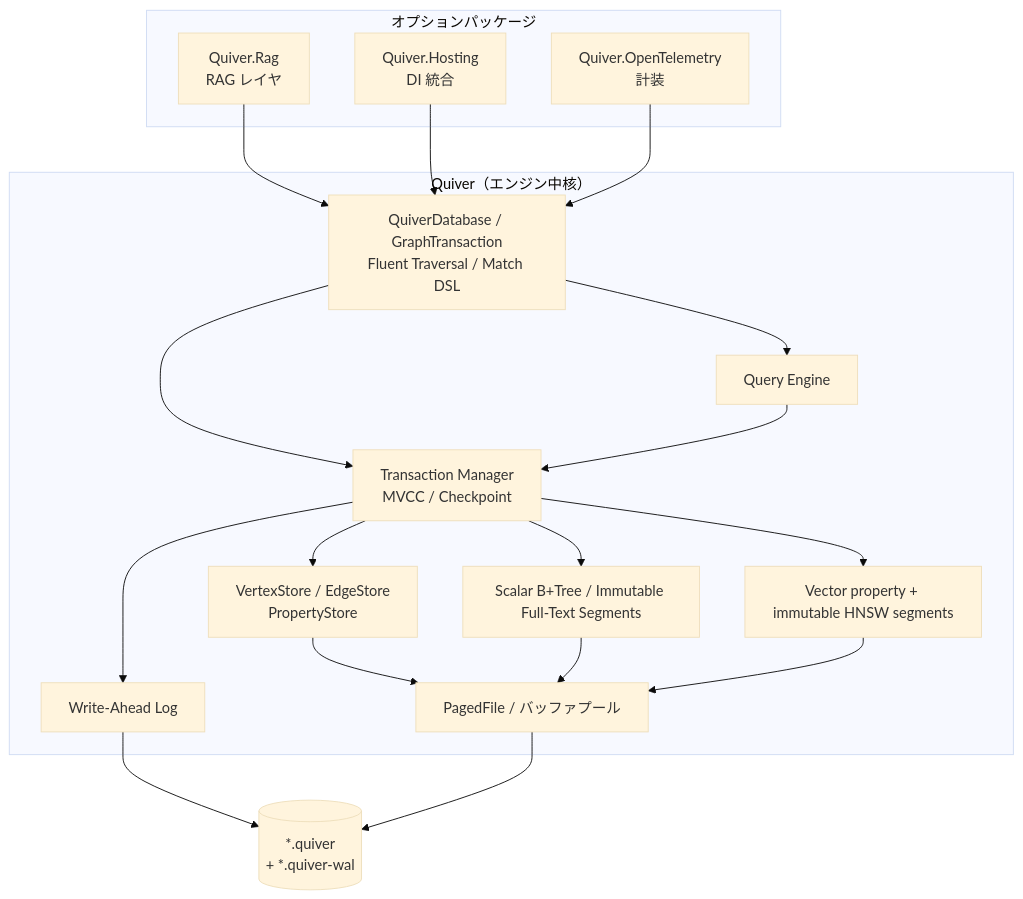
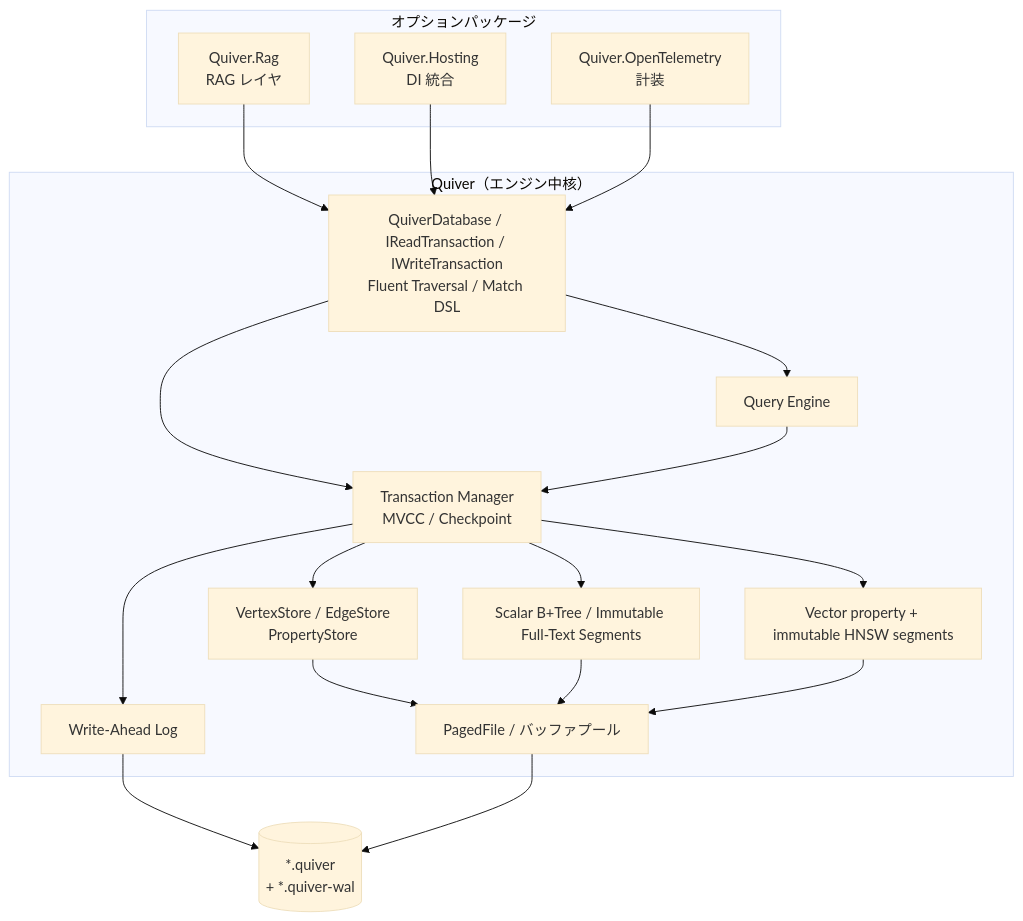
The first of 5 diagrams in docs/architecture-diagrams.md (delicioustuna/Quiver), drawn with Mermaid (base theme) before and after one commit. The commit also changed other lines of this file and 60 other files, not shown here.

````diff
--- a/docs/architecture-diagrams.md
+++ b/docs/architecture-diagrams.md
@@ -12,38 +12,38 @@
 ```mermaid
 flowchart TB
     subgraph optional["オプションパッケージ"]
         Rag["Quiver.Rag<br/>RAG レイヤ"]
         Hosting["Quiver.Hosting<br/>DI 統合"]
         OTel["Quiver.OpenTelemetry<br/>計装"]
     end
 
     subgraph core["Quiver（エンジン中核）"]
-        API["QuiverDatabase / GraphTransaction<br/>Fluent Traversal / Match DSL"]
+        API["QuiverDatabase / IReadTransaction / IWriteTransaction<br/>Fluent Traversal / Match DSL"]
         Query["Query Engine"]
         TxMgr["Transaction Manager<br/>MVCC / Checkpoint"]
         Index["Scalar B+Tree / Immutable Full-Text Segments"]
         Records["VertexStore / EdgeStore<br/>PropertyStore"]
         Vector["Vector property + immutable HNSW segments"]
         WAL["Write-Ahead Log"]
         Storage["PagedFile / バッファプール"]
     end
 
     File[("*.quiver<br/>+ *.quiver-wal")]
 
     Rag --> API
     Hosting --> API
     OTel --> API
 
     API --> Query
     API --> TxMgr
     Query --> TxMgr
     TxMgr --> WAL
     TxMgr --> Records
     TxMgr --> Index
     TxMgr --> Vector
     Records --> Storage
     Index --> Storage
     Vector --> Storage
     WAL --> File
     Storage --> File
 ```
````
